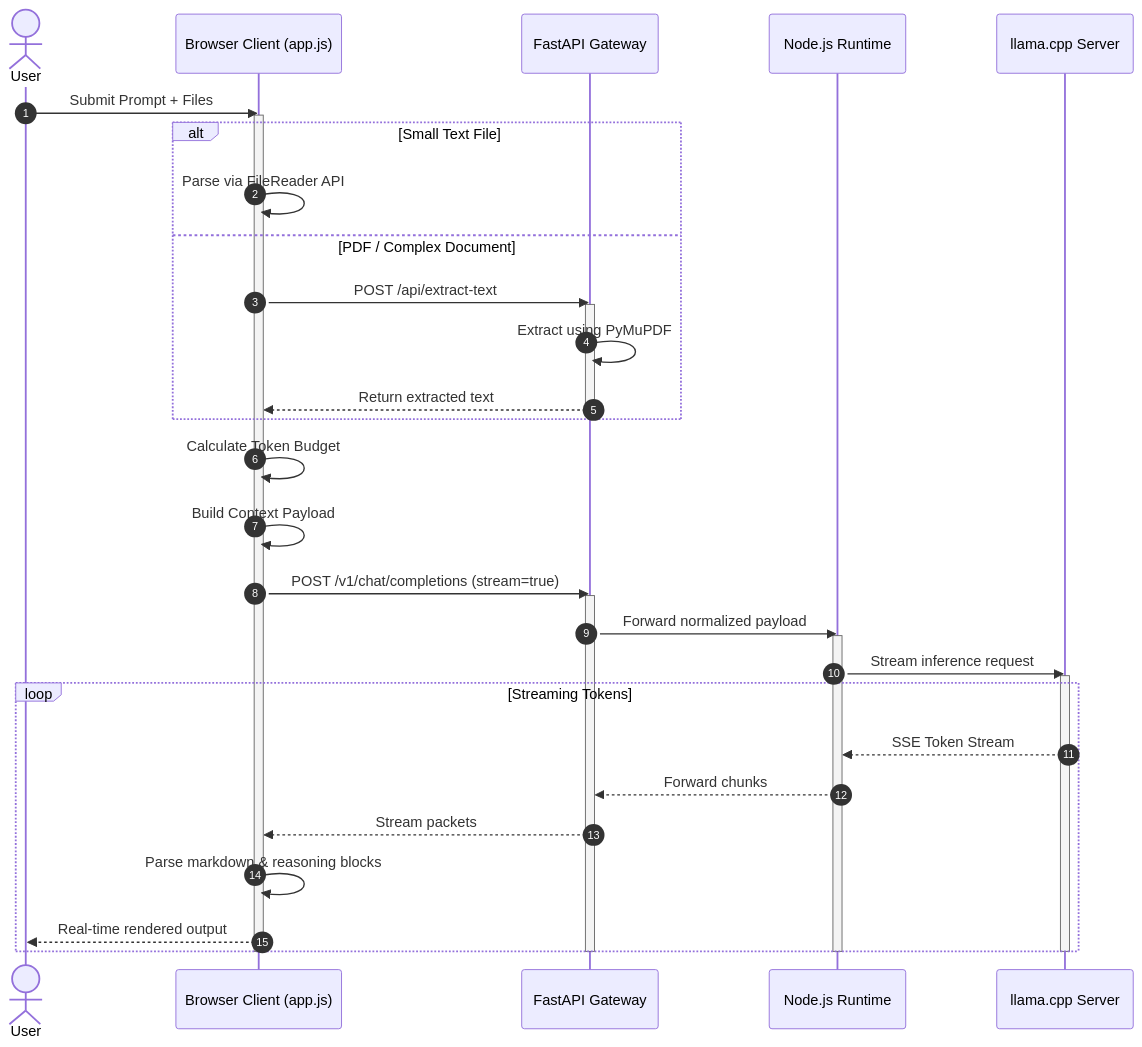
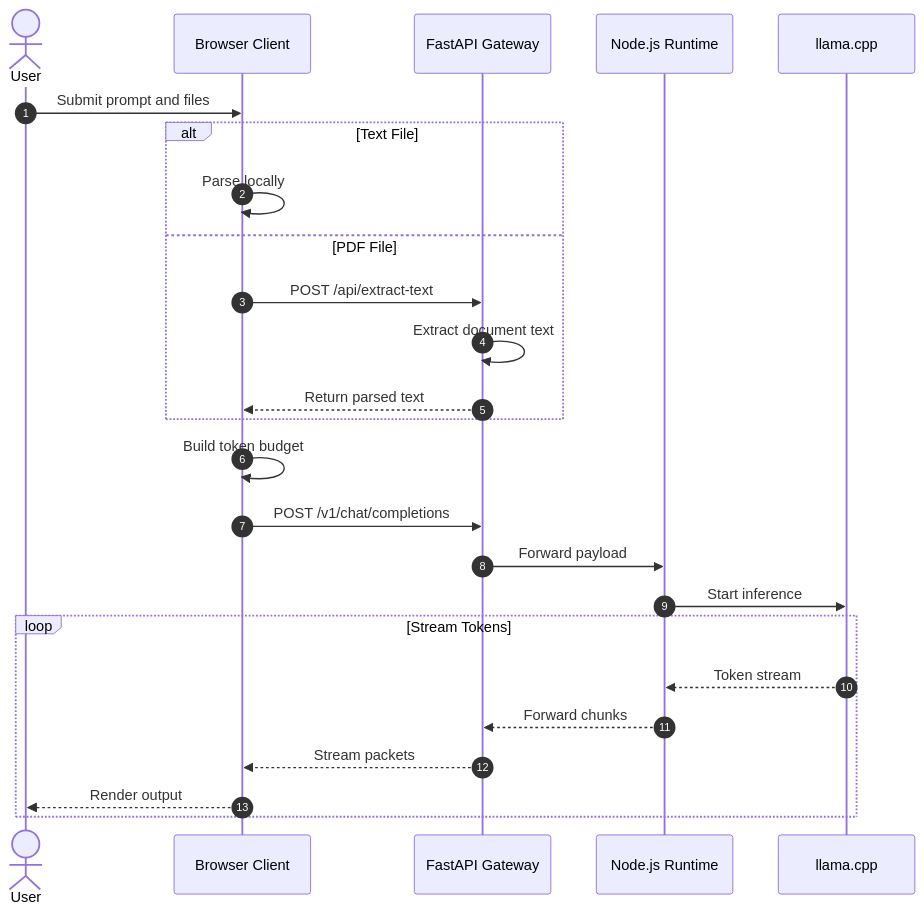
The second of 4 diagrams in README.md (subhadipghosh2k03/andromeda-ai-web), drawn with Mermaid before and after one commit. The commit also changed other lines of this file, not shown here.

````diff
--- a/README.md
+++ b/README.md
@@ -91,52 +100,34 @@
 ```mermaid
 sequenceDiagram
     autonumber
 
     actor User
-    participant UI as Browser Client (app.js)
+
+    participant UI as Browser Client
     participant API as FastAPI Gateway
     participant NODE as Node.js Runtime
-    participant LLM as llama.cpp Server
+    participant LLM as llama.cpp
 
-    User->>UI: Submit Prompt + Files
+    User->>UI: Submit prompt and files
 
-    activate UI
-
-    alt Small Text File
-        UI->>UI: Parse via FileReader API
-    else PDF / Complex Document
+    alt Text File
+        UI->>UI: Parse locally
+    else PDF File
         UI->>API: POST /api/extract-text
-        activate API
-
-        API->>API: Extract using PyMuPDF
-        API-->>UI: Return extracted text
-
-        deactivate API
+        API->>API: Extract document text
+        API-->>UI: Return parsed text
     end
 
-    UI->>UI: Calculate Token Budget
-    UI->>UI: Build Context Payload
+    UI->>UI: Build token budget
+    UI->>API: POST /v1/chat/completions
 
-    UI->>API: POST /v1/chat/completions (stream=true)
+    API->>NODE: Forward payload
+    NODE->>LLM: Start inference
 
-    activate API
-
-    API->>NODE: Forward normalized payload
-    activate NODE
-
-    NODE->>LLM: Stream inference request
-    activate LLM
-
-    loop Streaming Tokens
-        LLM-->>NODE: SSE Token Stream
+    loop Stream Tokens
+        LLM-->>NODE: Token stream
         NODE-->>API: Forward chunks
         API-->>UI: Stream packets
-        UI->>UI: Parse markdown & reasoning blocks
-        UI-->>User: Real-time rendered output
+        UI-->>User: Render output
     end
-
-    deactivate LLM
-    deactivate NODE
-    deactivate API
-    deactivate UI
 ```
````
